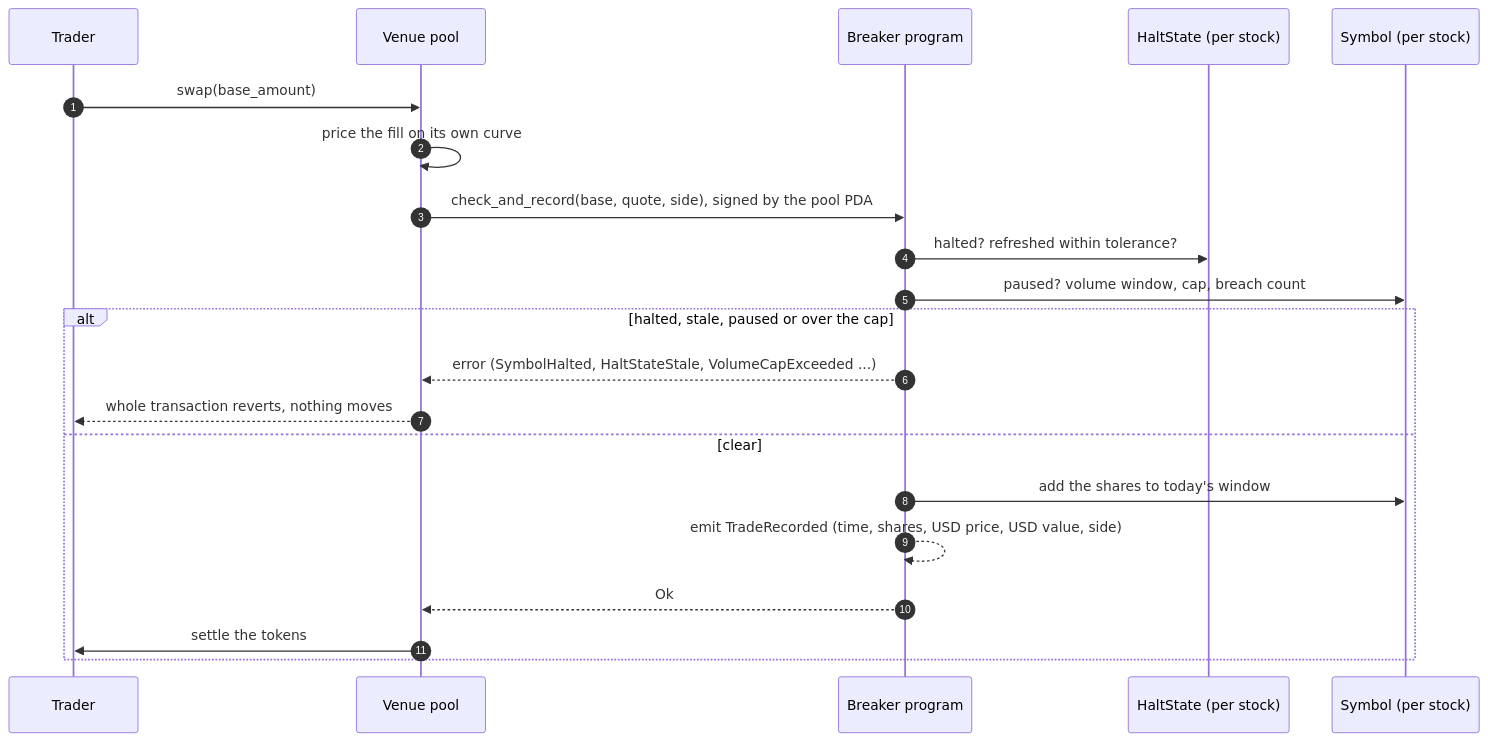
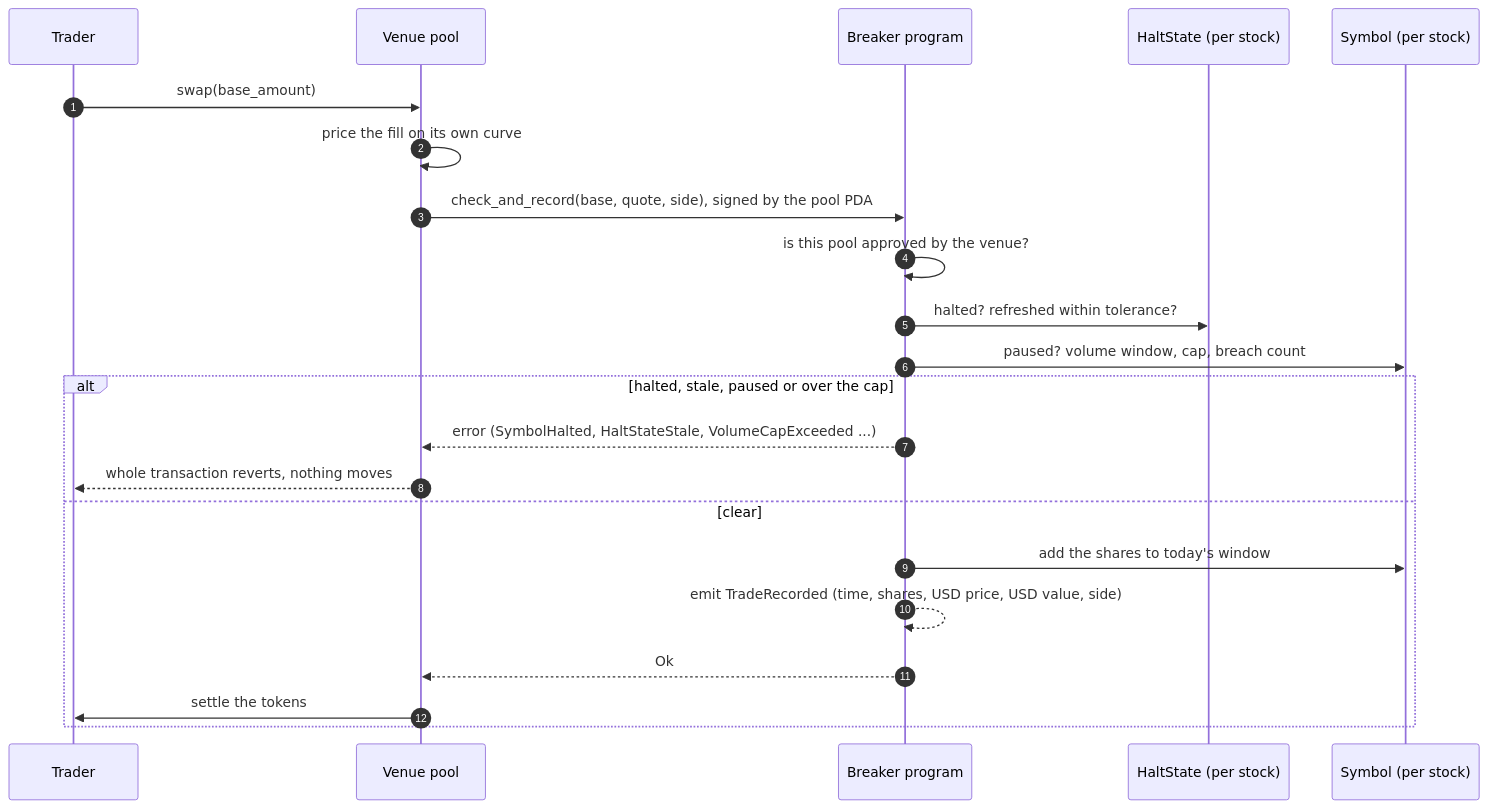
One commit to jenzylove/breaker changed the first of 2 diagrams in README.md. Above: the diagram before and after it, drawn with Mermaid. The commit also changed other lines of this file and 10 other files, not shown here.

````diff
--- a/README.md
+++ b/README.md
@@ -63,23 +69,24 @@
 ```mermaid
 sequenceDiagram
     autonumber
     participant T as Trader
     participant P as Venue pool
     participant B as Breaker program
     participant H as HaltState (per stock)
     participant S as Symbol (per stock)
     T->>P: swap(base_amount)
     P->>P: price the fill on its own curve
     P->>B: check_and_record(base, quote, side), signed by the pool PDA
+    B->>B: is this pool approved by the venue?
     B->>H: halted? refreshed within tolerance?
     B->>S: paused? volume window, cap, breach count
     alt halted, stale, paused or over the cap
         B-->>P: error (SymbolHalted, HaltStateStale, VolumeCapExceeded ...)
         P-->>T: whole transaction reverts, nothing moves
     else clear
         B->>S: add the shares to today's window
         B-->>B: emit TradeRecorded (time, shares, USD price, USD value, side)
         B-->>P: Ok
         P->>T: settle the tokens
     end
 ```
````
